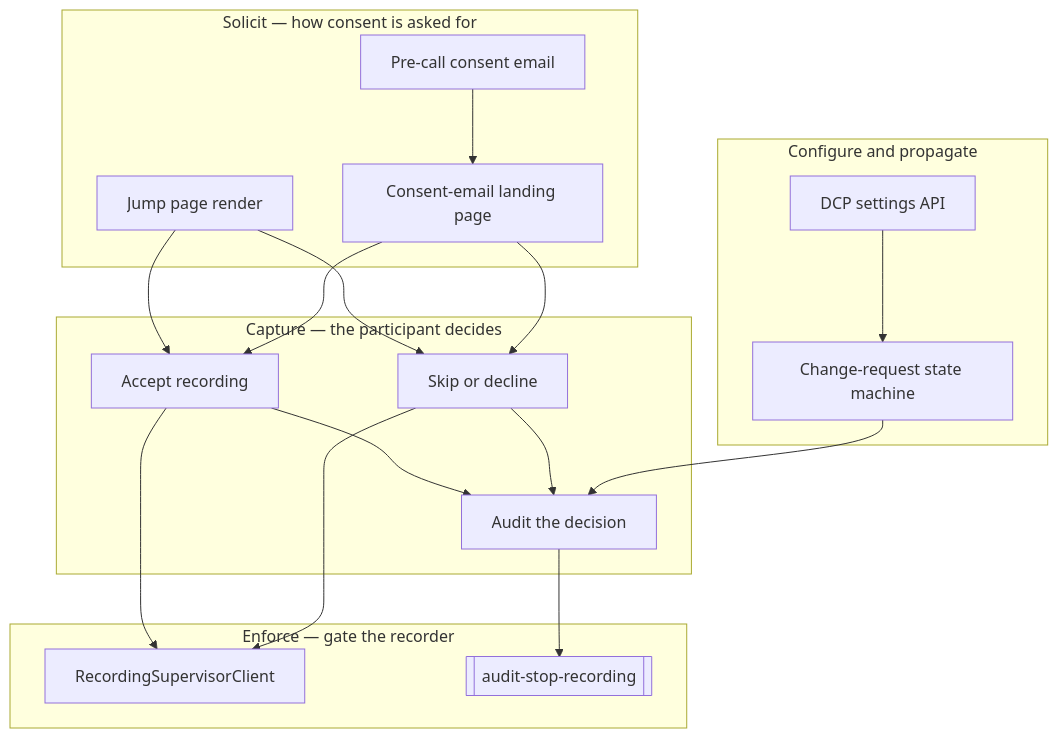
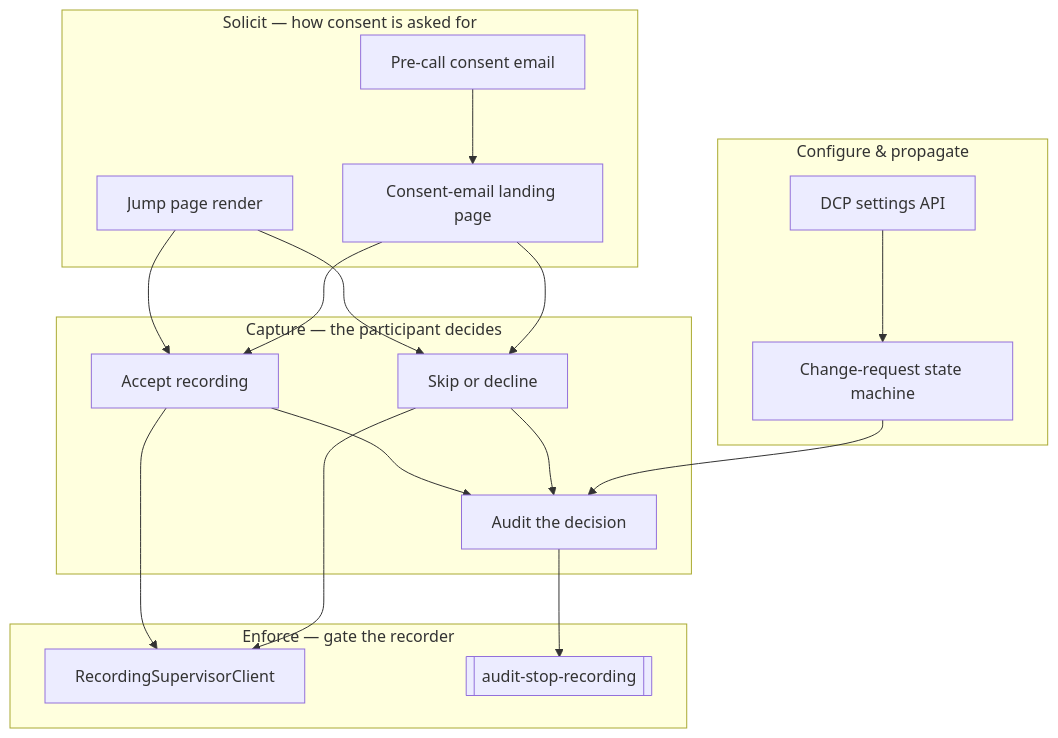
One commit to terencecollins-86/gong-vault changed the diagram in Subsystems/Consent/04 - Use Cases.md. Above: the diagram before and after it, drawn with Mermaid. The commit also changed other lines of this file and 39 other files, not shown here.

````diff
--- a/Subsystems/Consent/04 - Use Cases.md
+++ b/Subsystems/Consent/04 - Use Cases.md
@@ -43,33 +20,33 @@
 ```mermaid
 graph TD
     subgraph "Solicit — how consent is asked for"
         A1[Jump page render]
         A2[Pre-call consent email]
         A3[Consent-email landing page]
     end
     subgraph "Capture — the participant decides"
         UC1[Accept recording]
         UC2[Skip or decline]
         UC3[Audit the decision]
     end
     subgraph "Enforce — gate the recorder"
         RS[RecordingSupervisorClient]
         STOP[[audit-stop-recording]]
     end
-    subgraph "Configure and propagate"
+    subgraph "Configure & propagate"
         CFG[DCP settings API]
         CHG[Change-request state machine]
     end
     A1 --> UC1
     A1 --> UC2
     A2 --> A3
     A3 --> UC1
     A3 --> UC2
     UC1 --> UC3
     UC2 --> UC3
     UC1 --> RS
     UC2 --> RS
     UC3 --> STOP
     CFG --> CHG
     CHG --> UC3
 ```
````
